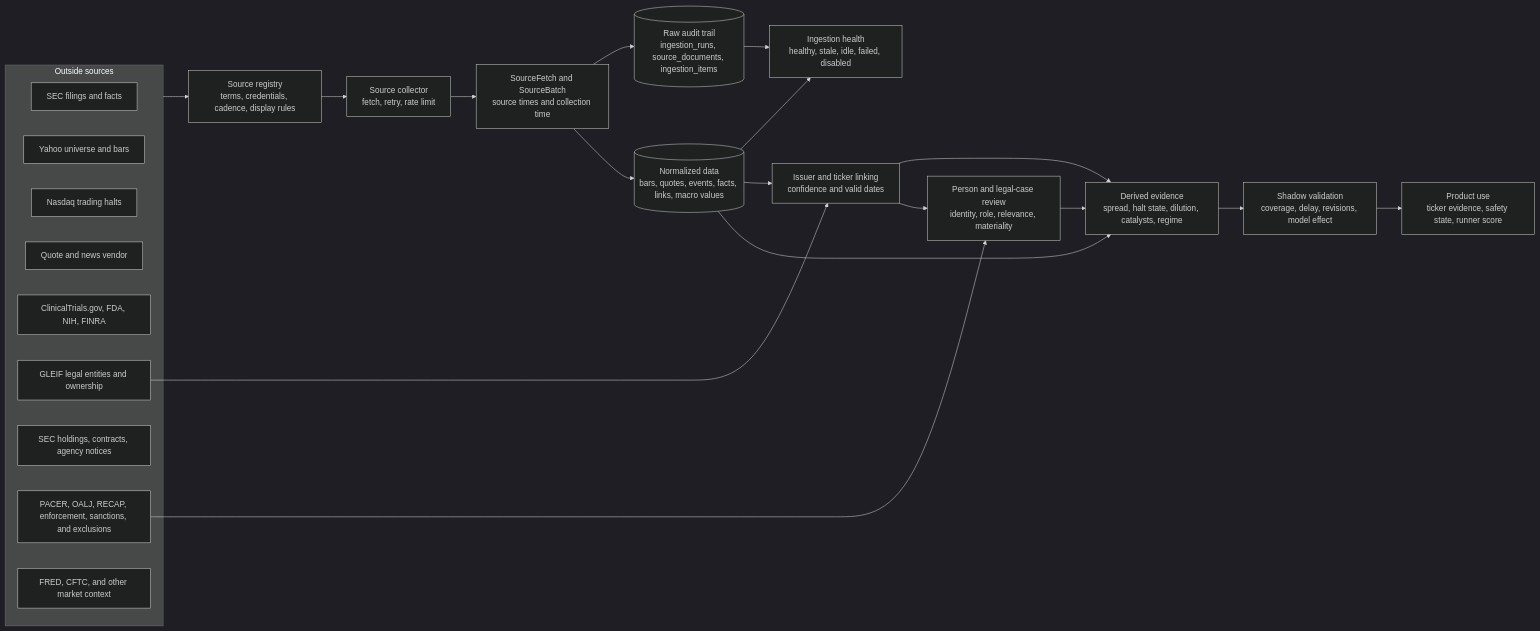
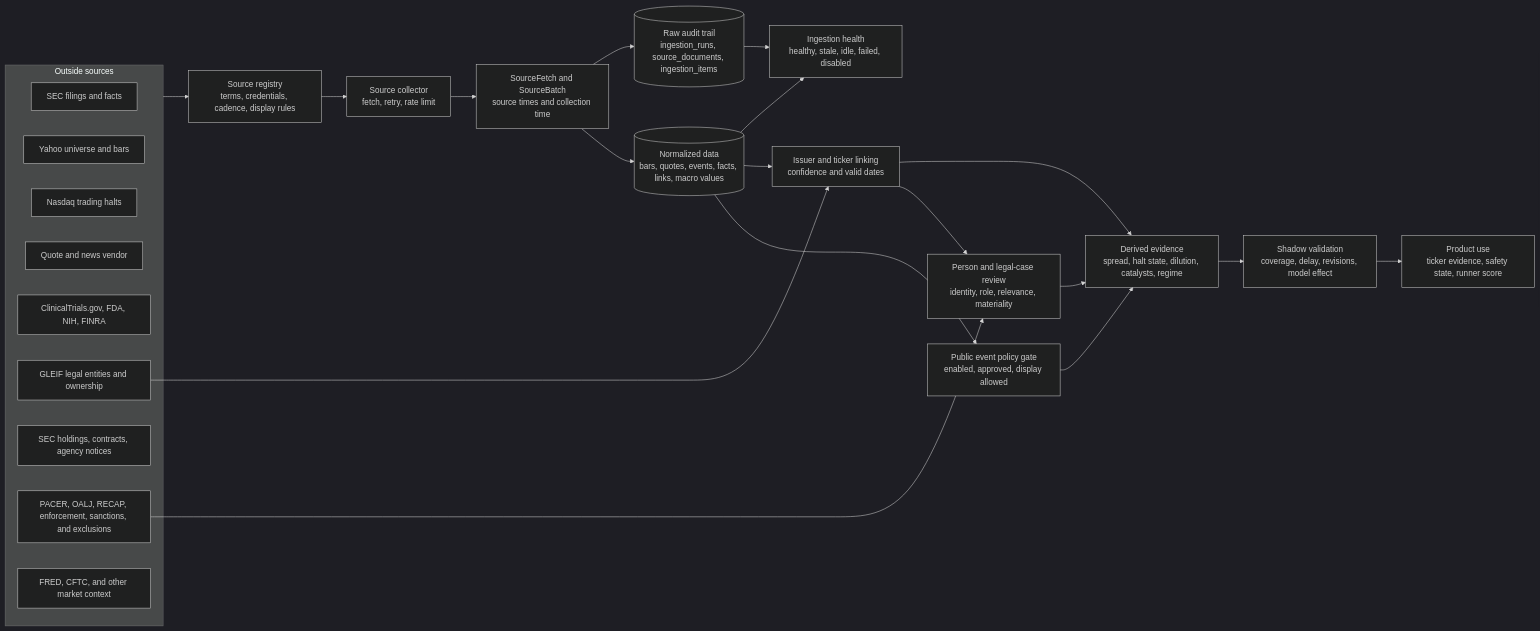
One commit to atimics/runner-watch changed the diagram in docs/source-flow.md. Above: the diagram before and after it, drawn with Mermaid (dark theme). The commit also changed other lines of this file and 16 other files, not shown here.

Commit message:
Gate unapproved sources from public signals

````diff
--- a/docs/source-flow.md
+++ b/docs/source-flow.md
@@ -6,39 +6,40 @@
 ```mermaid
 flowchart LR
     subgraph Sources[Outside sources]
         SEC[SEC filings and facts]
         Yahoo[Yahoo universe and bars]
         Nasdaq[Nasdaq trading halts]
         Vendor[Quote and news vendor]
         Events[ClinicalTrials.gov, FDA, NIH, FINRA]
         Identity[GLEIF legal entities and ownership]
         Public[SEC holdings, contracts, agency notices]
         Legal[PACER, OALJ, RECAP, enforcement, sanctions, and exclusions]
         Macro[FRED, CFTC, and other market context]
     end
 
     Registry[Source registry<br/>terms, credentials, cadence, display rules]
     Collect[Source collector<br/>fetch, retry, rate limit]
     Batch[SourceFetch and SourceBatch<br/>source times and collection time]
 
     Raw[(Raw audit trail<br/>ingestion_runs, source_documents, ingestion_items)]
     Normal[(Normalized data<br/>bars, quotes, events, facts, links, macro values)]
     Health[Ingestion health<br/>healthy, stale, idle, failed, disabled]
     Link[Issuer and ticker linking<br/>confidence and valid dates]
     Review[Person and legal-case review<br/>identity, role, relevance, materiality]
+    EventGate[Public event policy gate<br/>enabled, approved, display allowed]
     Features[Derived evidence<br/>spread, halt state, dilution, catalysts, regime]
     Shadow[Shadow validation<br/>coverage, delay, revisions, model effect]
     Product[Product use<br/>ticker evidence, safety state, runner score]
 
     Sources --> Registry --> Collect --> Batch
     Identity --> Link
     Legal --> Review
     Batch --> Raw
     Batch --> Normal
     Raw --> Health
     Normal --> Health
     Normal --> Link --> Features
     Link --> Review --> Features
-    Normal --> Features
+    Normal --> EventGate --> Features
     Features --> Shadow --> Product
 ```
````
